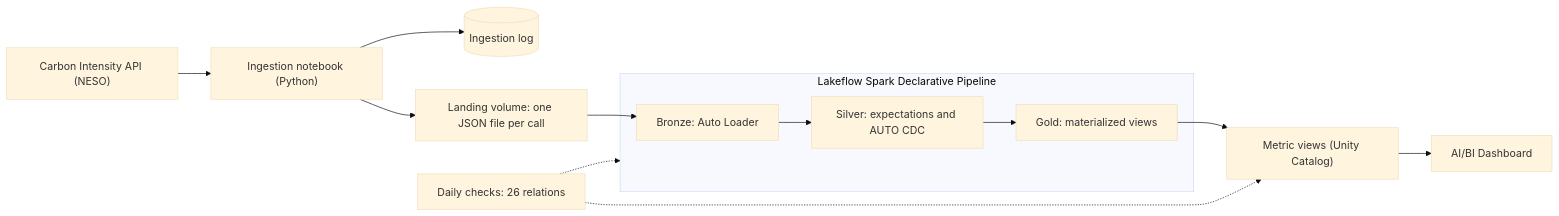
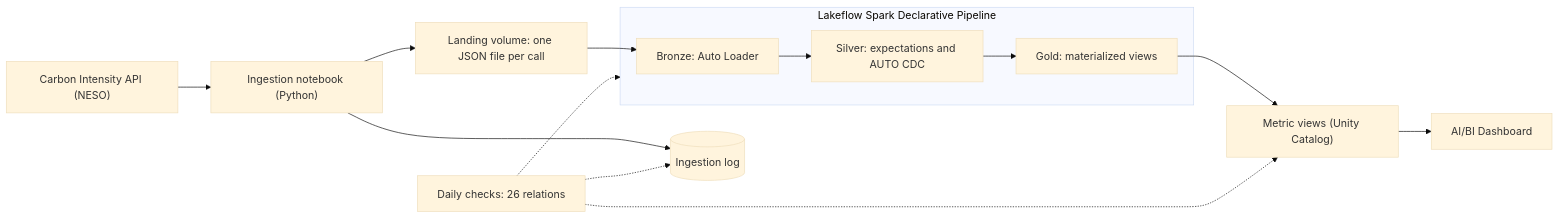
One commit to Antdfl/DataEngineeringPortfolio changed the diagram in uk-carbon-intensity-lakehouse/README.md. Above: the diagram before and after it, drawn with Mermaid (base theme). The commit also changed other lines of this file and 1 other file, not shown here.

Commit message:
Docs: third task daily_checks in the job, README status and diagram

````diff
--- a/uk-carbon-intensity-lakehouse/README.md
+++ b/uk-carbon-intensity-lakehouse/README.md
@@ -17,15 +17,16 @@
 ```mermaid
 flowchart LR
     API["Carbon Intensity API (NESO)"] --> ING["Ingestion notebook (Python)"]
     ING --> LOG[("Ingestion log")]
     ING --> VOL["Landing volume: one JSON file per call"]
     subgraph PIPE ["Lakeflow Spark Declarative Pipeline"]
         BR["Bronze: Auto Loader"] --> SI["Silver: expectations and AUTO CDC"]
         SI --> GO["Gold: materialized views"]
     end
     VOL --> BR
     GO --> MV["Metric views (Unity Catalog)"]
     MV --> DB["AI/BI Dashboard"]
     CHK["Daily checks: 26 relations"] -.-> PIPE
     CHK -.-> MV
+    CHK -.-> LOG
 ```
````
